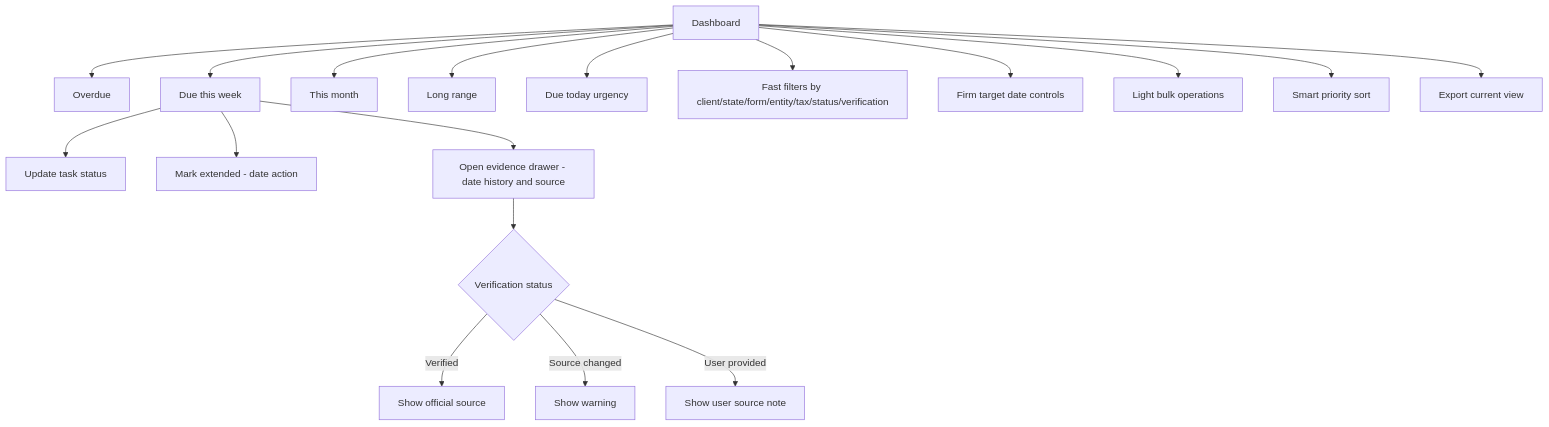
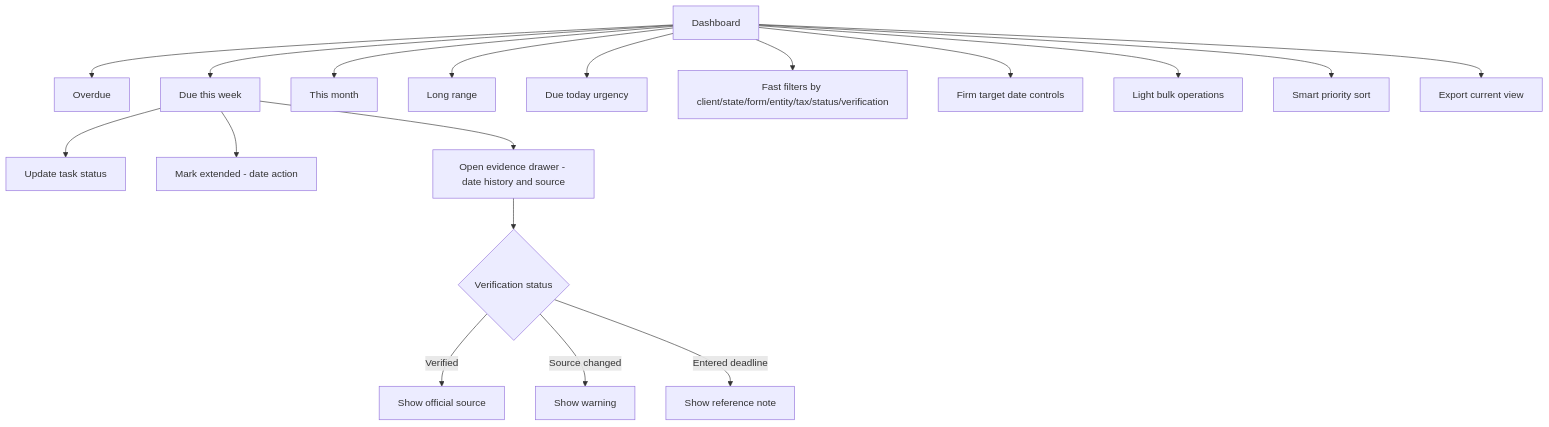
One commit to Yessenia-d/DueDateHQ changed the diagram in specs/dashboard.md. Above: the diagram before and after it, drawn with Mermaid. The commit also changed other lines of this file and 61 other files, not shown here.

Commit message:
feat: add entered deadline demo seed

````diff
--- a/specs/dashboard.md
+++ b/specs/dashboard.md
@@ -22,20 +22,20 @@
 ```mermaid
 flowchart TD
   A[Dashboard] --> AA[Overdue]
   A --> B[Due this week]
   A --> C[This month]
   A --> D[Long range]
   A --> L[Due today urgency]
   B --> F[Update task status]
   B --> EX[Mark extended - date action]
   B --> E[Open evidence drawer - date history and source]
   A --> G[Fast filters by client/state/form/entity/tax/status/verification]
   A --> O[Firm target date controls]
   A --> P[Light bulk operations]
   A --> N[Smart priority sort]
   E --> H{Verification status}
   H -- Verified --> I[Show official source]
   H -- Source changed --> J[Show warning]
-  H -- User provided --> K[Show user source note]
+  H -- Entered deadline --> K[Show reference note]
   A --> M[Export current view]
 ```
````
